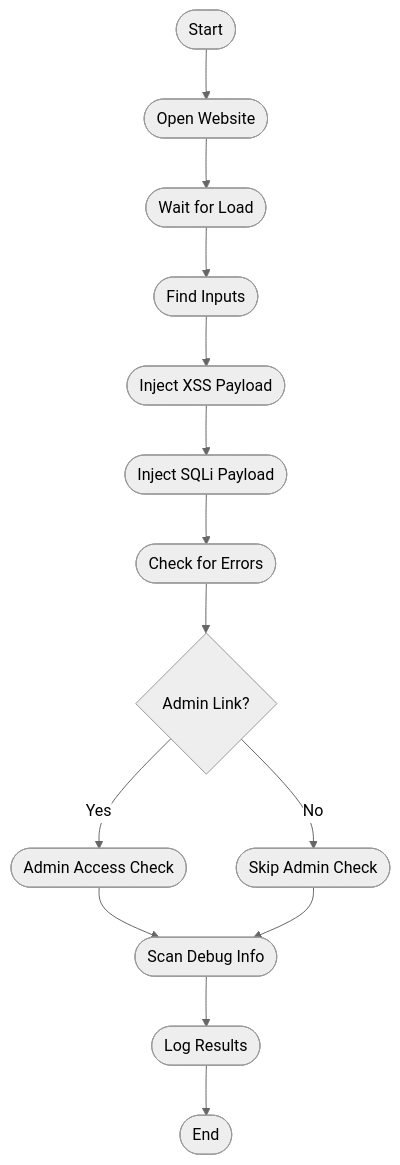
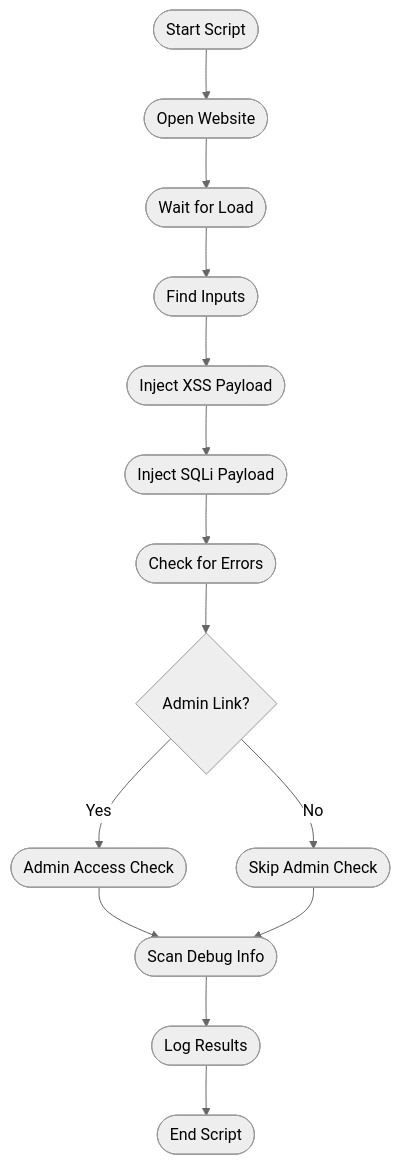
Before and after one commit to ma3u/testingAskui: the first of 3 diagrams in README.md, drawn with Mermaid (neutral theme). The commit also changed other lines of this file and 2 other files, not shown here.

Commit message:
refactor: make ANTHROPIC_API_KEY optional and update Python script references

````diff
--- a/README.md
+++ b/README.md
@@ -139,16 +139,11 @@
 ```mermaid
 flowchart TD
-    Start([Start]) --> OpenSite([Open Website])
-    OpenSite --> Wait([Wait for Load])
-    Wait --> FindInputs([Find Inputs])
-    FindInputs --> XSS([Inject XSS Payload])
-    XSS --> SQLi([Inject SQLi Payload])
-    SQLi --> Errors([Check for Errors])
+    Start([Start Script]) --> OpenSite([Open Website]) --> Wait([Wait for Load]) --> FindInputs([Find Inputs])
+    FindInputs --> XSS([Inject XSS Payload]) --> SQLi([Inject SQLi Payload]) --> Errors([Check for Errors])
     Errors --> AdminCheck{Admin Link?}
     AdminCheck -- Yes --> Admin([Admin Access Check])
     AdminCheck -- No --> Skip([Skip Admin Check])
     Admin --> Debug([Scan Debug Info])
     Skip --> Debug
-    Debug --> Results([Log Results])
-    Results --> End([End])
+    Debug --> Results([Log Results]) --> End([End Script])
 ```
````
